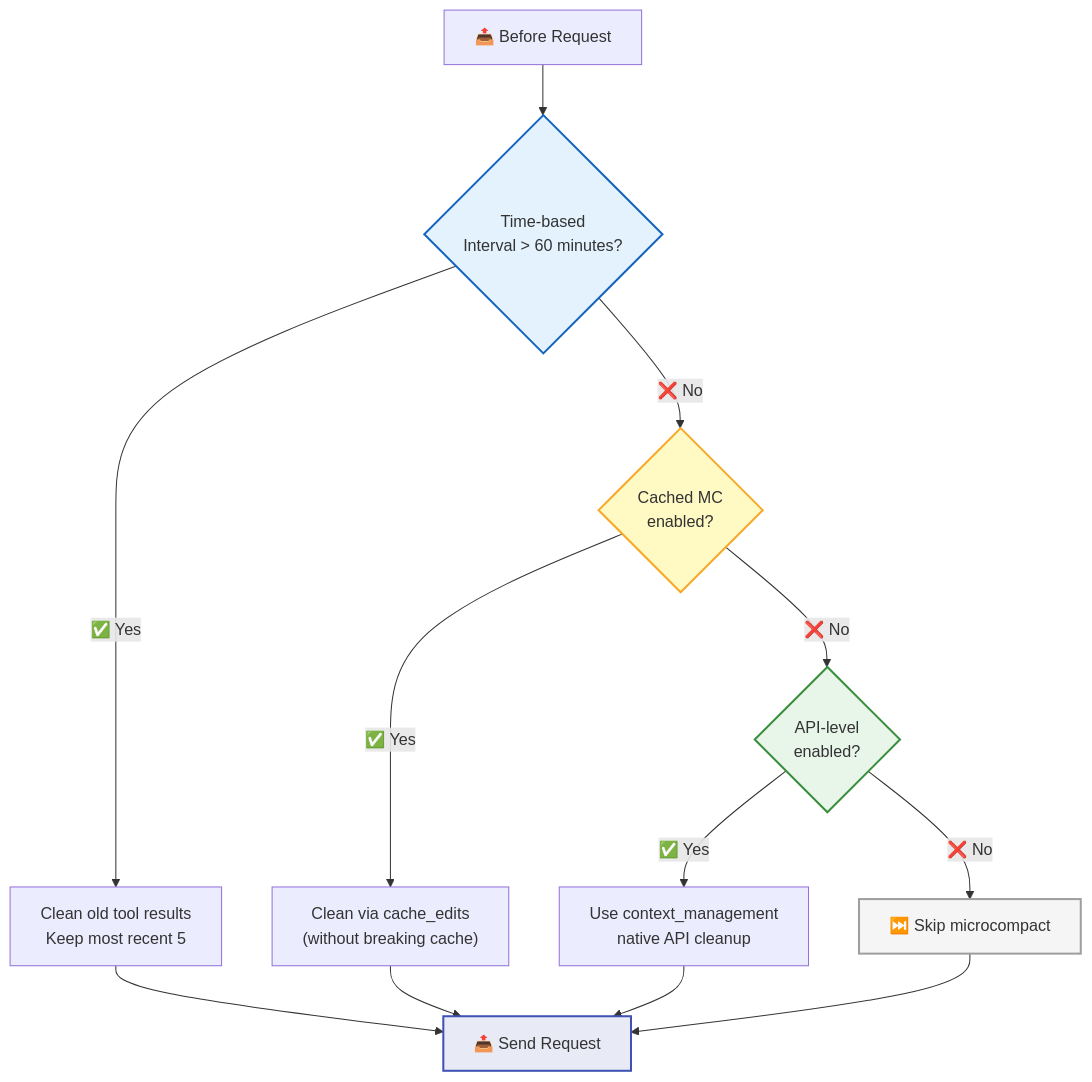
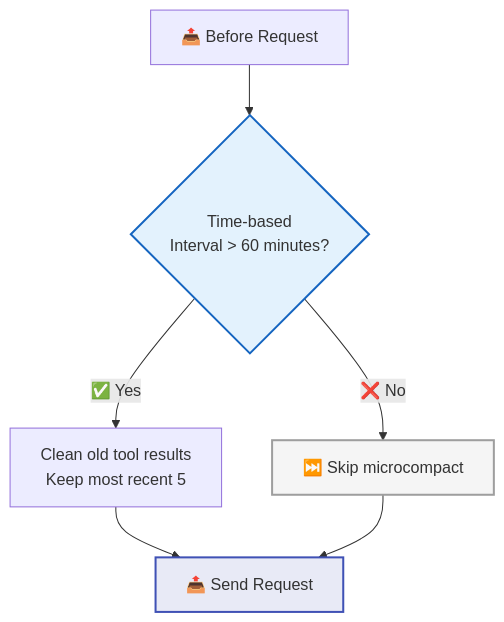
The second of 6 diagrams in src/content/docs/en/features/context-management.md (rtc-agent/docs), drawn with Mermaid before and after one commit. The commit also changed other lines of this file and 60 other files, not shown here.

First line of the commit message:
docs(site): refresh documentation with new sections and improved diagrams

````diff
--- a/src/content/docs/en/features/context-management.md
+++ b/src/content/docs/en/features/context-management.md
@@ -66,21 +65,13 @@
 ```mermaid
 flowchart TD
     REQ["📤 Before Request"] --> A{"Time-based<br/>Interval > 60 minutes?"}
     A -->|"✅ Yes"| A1["Clean old tool results<br/>Keep most recent 5"]
-    A -->|"❌ No"| B{"Cached MC<br/>enabled?"}
-    B -->|"✅ Yes"| B1["Clean via cache_edits<br/>(without breaking cache)"]
-    B -->|"❌ No"| C{"API-level<br/>enabled?"}
-    C -->|"✅ Yes"| C1["Use context_management<br/>native API cleanup"]
-    C -->|"❌ No"| SKIP["⏭️ Skip microcompact"]
+    A -->|"❌ No"| SKIP["⏭️ Skip microcompact"]
 
     A1 --> SEND["📤 Send Request"]
-    B1 --> SEND
-    C1 --> SEND
     SKIP --> SEND
 
     style A fill:#e3f2fd,stroke:#1565c0,stroke-width:2px
-    style B fill:#fff9c4,stroke:#f9a825,stroke-width:2px
-    style C fill:#e8f5e9,stroke:#388e3c,stroke-width:2px
     style SKIP fill:#f5f5f5,stroke:#9e9e9e,stroke-width:2px
     style SEND fill:#e8eaf6,stroke:#3f51b5,stroke-width:2px
 ```
````
